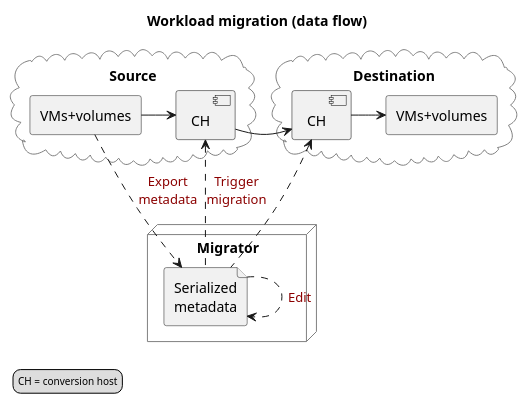
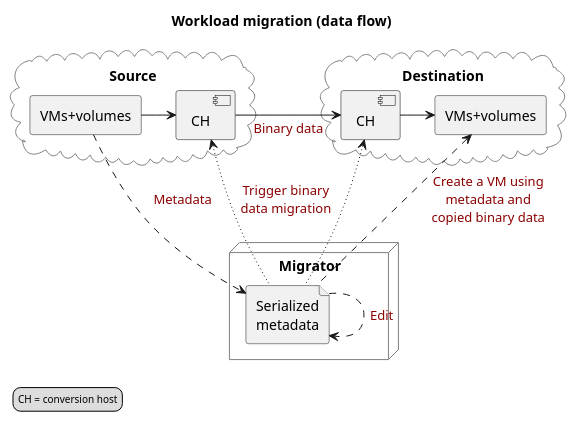
Before and after one commit to os-migrate/os-migrate: the diagram in docs/src/images/plantuml/workload-migration-data-flow.plantuml, drawn with PlantUML. The commit also changed 2 other files, not shown here.

Commit message:
Oth: Improve workload data flow diagram
The data flow diagram in "OS Migrate Walkthrough" and "How It Works:
Workload Migration" now has more clarity on how (meta)data travels
during workload migration.

```diff
--- a/docs/src/images/plantuml/workload-migration-data-flow.plantuml
+++ b/docs/src/images/plantuml/workload-migration-data-flow.plantuml
@@ -1,41 +1,42 @@
 @startuml
 
 skinparam ArrowFontColor darkred
 skinparam CloudBorderColor gray
 skinparam ComponentBorderColor black
 skinparam NodeBorderColor gray
 skinparam LegendFontSize 10
 skinparam NoteFontSize 9
 
 title Workload migration (data flow)
 
 cloud Source {
     rectangle "VMs+volumes" as src_res
     component "CH" as src_ch
 }
 
 cloud Destination {
     rectangle "VMs+volumes" as dst_res
     component "CH" as dst_ch
 }
 
 src_res -right-> src_ch
-src_ch -right-> dst_ch
+src_ch -right-> dst_ch : Binary data
 dst_ch -right-> dst_res
 
 
 node Migrator {
     file "Serialized\nmetadata" as ser_res
 }
 
-src_res .down.> ser_res : Export\nmetadata
-ser_res .up.> src_ch : Trigger\nmigration
-ser_res .up.> dst_ch
+src_res .down.> ser_res : Metadata
+ser_res -[dotted]up-> src_ch : Trigger binary\ndata migration
+ser_res -[dotted]up-> dst_ch
+ser_res .up.> dst_res : Create a VM using\nmetadata and\ncopied binary data
 
 ser_res .down.> ser_res : Edit
 
 legend bottom left
     CH = conversion host
 endlegend
 
 @enduml
```
